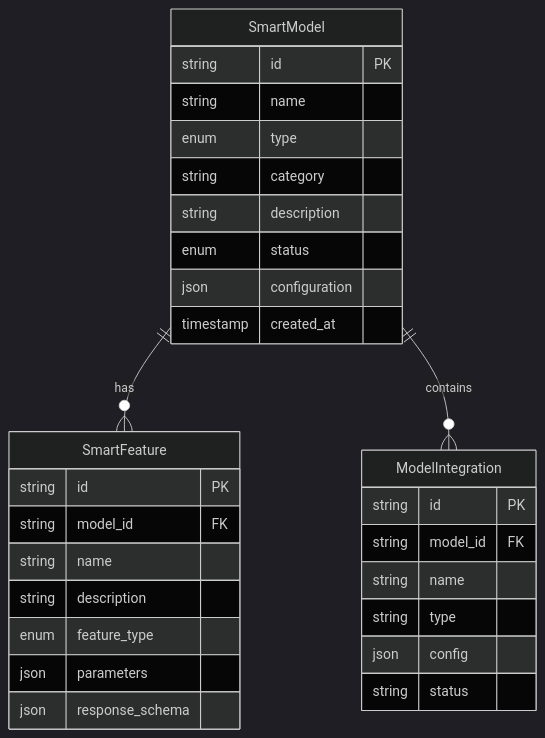
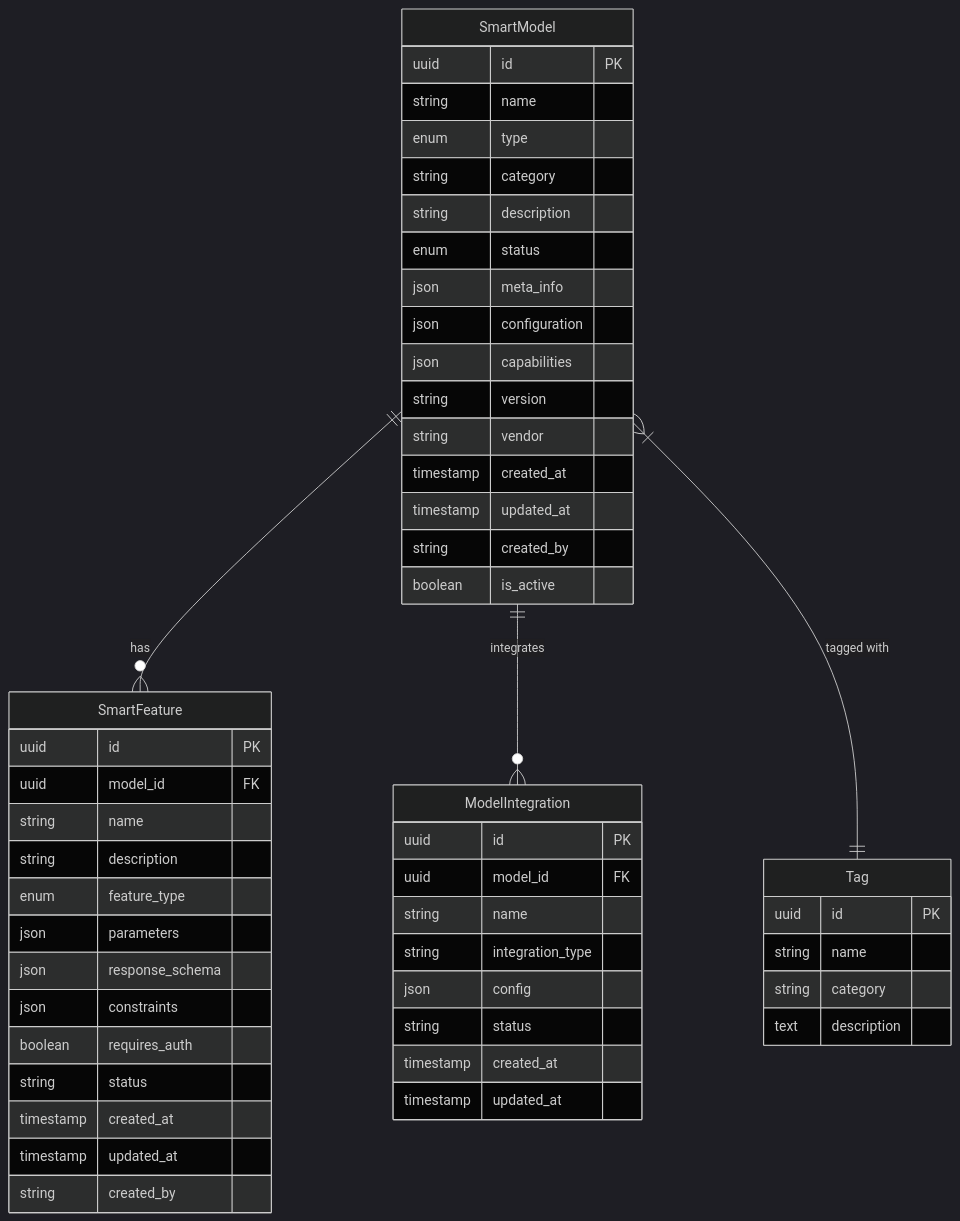
The second of 2 diagrams in docs/api.md (ceydatekin/SmartService), drawn with Mermaid (dark theme) before and after one commit. The commit also changed other lines of this file, not shown here.

````diff
--- a/docs/api.md
+++ b/docs/api.md
@@ -68,32 +68,58 @@
 ```mermaid
 erDiagram
-    SmartModel ||--o{ SmartFeature : has
-    SmartModel ||--o{ ModelIntegration : contains
     SmartModel {
-        string id PK
+        uuid id PK
         string name
         enum type
         string category
         string description
         enum status
+        json meta_info
         json configuration
+        json capabilities
+        string version
+        string vendor
         timestamp created_at
+        timestamp updated_at
+        string created_by
+        boolean is_active
     }
+
     SmartFeature {
-        string id PK
-        string model_id FK
+        uuid id PK
+        uuid model_id FK
         string name
         string description
         enum feature_type
         json parameters
         json response_schema
+        json constraints
+        boolean requires_auth
+        string status
+        timestamp created_at
+        timestamp updated_at
+        string created_by
     }
+
     ModelIntegration {
-        string id PK
-        string model_id FK
+        uuid id PK
+        uuid model_id FK
         string name
-        string type
+        string integration_type
         json config
         string status
+        timestamp created_at
+        timestamp updated_at
     }
+
+    Tag {
+        uuid id PK
+        string name
+        string category
+        text description
+    }
+
+    SmartModel ||--o{ SmartFeature : "has"
+    SmartModel ||--o{ ModelIntegration : "integrates"
+    SmartModel }|--|| Tag : "tagged with"
 ```
````
